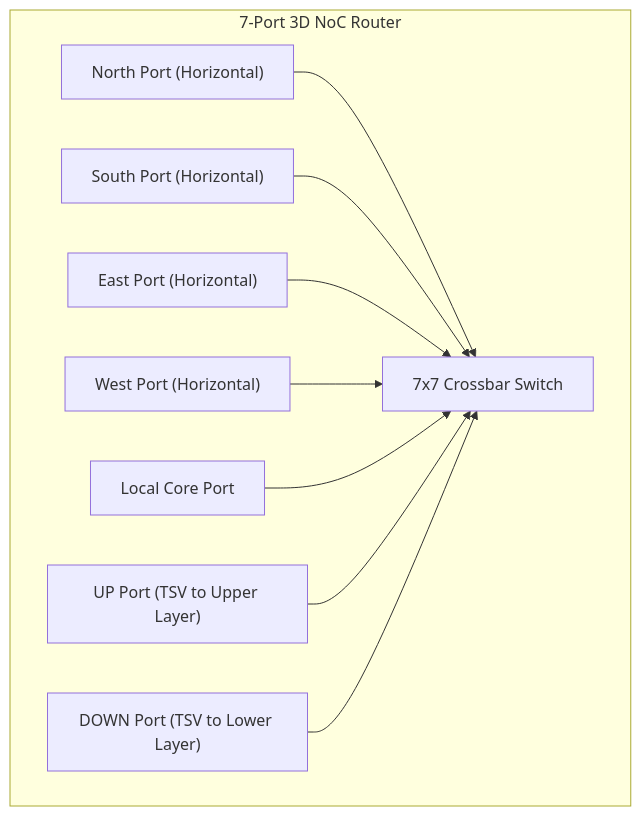
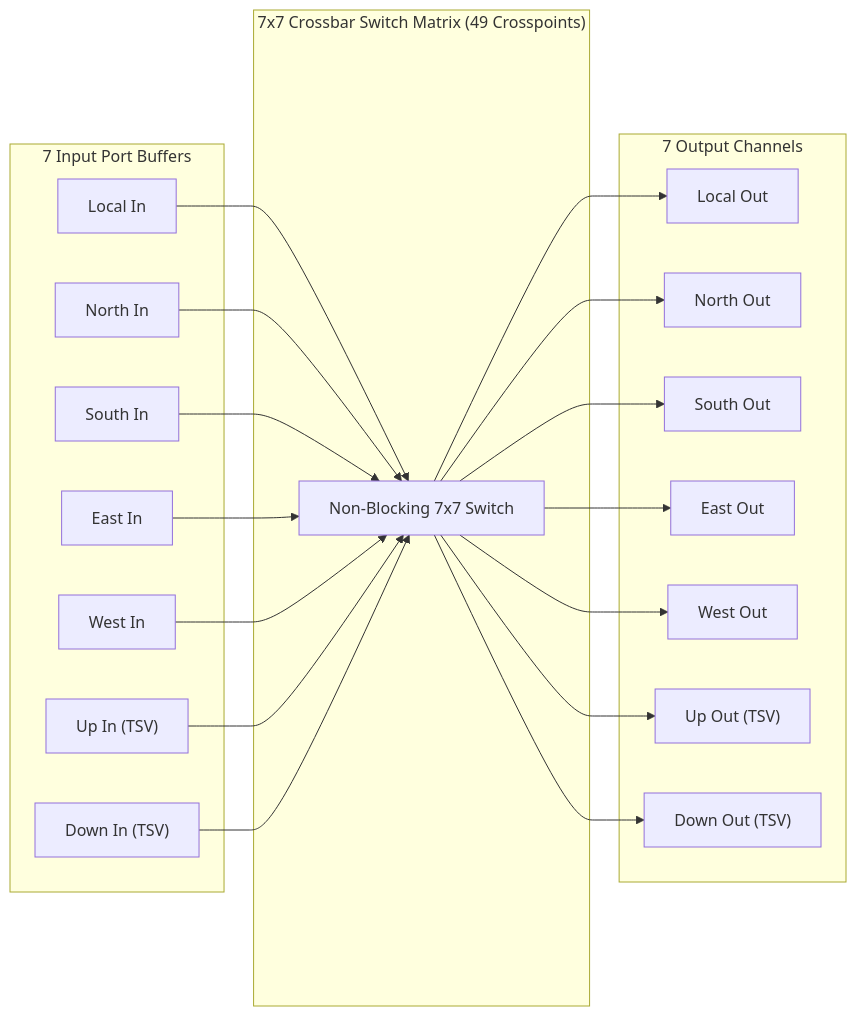
Before and after one commit to network-on-chip/learning: the third of 4 diagrams in docs/track6-chiplets-and-3d/01-3d-tsv-interconnects.md, drawn with Mermaid. The commit also changed other lines of this file and 17 other files, not shown here.

````diff
--- a/docs/track6-chiplets-and-3d/01-3d-tsv-interconnects.md
+++ b/docs/track6-chiplets-and-3d/01-3d-tsv-interconnects.md
@@ -43,14 +131,29 @@
 ```mermaid
-graph TD
-  subgraph Router_3D [7-Port 3D NoC Router]
-    North["North Port (Horizontal)"]
-    South["South Port (Horizontal)"]
-    East["East Port (Horizontal)"]
-    West["West Port (Horizontal)"]
-    Local["Local Core Port"]
-    Up["UP Port (TSV to Upper Layer)"]
-    Down["DOWN Port (TSV to Lower Layer)"]
-    
-    North & South & East & West & Local & Up & Down --> Crossbar["7x7 Crossbar Switch"]
+graph LR
+  subgraph Input_Buffers ["7 Input Port Buffers"]
+    L_in["Local In"]
+    N_in["North In"]
+    S_in["South In"]
+    E_in["East In"]
+    W_in["West In"]
+    U_in["Up In (TSV)"]
+    D_in["Down In (TSV)"]
   end
+
+  subgraph Crossbar ["7x7 Crossbar Switch Matrix (49 Crosspoints)"]
+    Xbar["Non-Blocking 7x7 Switch"]
+  end
+
+  subgraph Output_Ports ["7 Output Channels"]
+    L_out["Local Out"]
+    N_out["North Out"]
+    S_out["South Out"]
+    E_out["East Out"]
+    W_out["West Out"]
+    U_out["Up Out (TSV)"]
+    D_out["Down Out (TSV)"]
+  end
+
+  L_in & N_in & S_in & E_in & W_in & U_in & D_in --> Xbar
+  Xbar --> L_out & N_out & S_out & E_out & W_out & U_out & D_out
 ```
````
